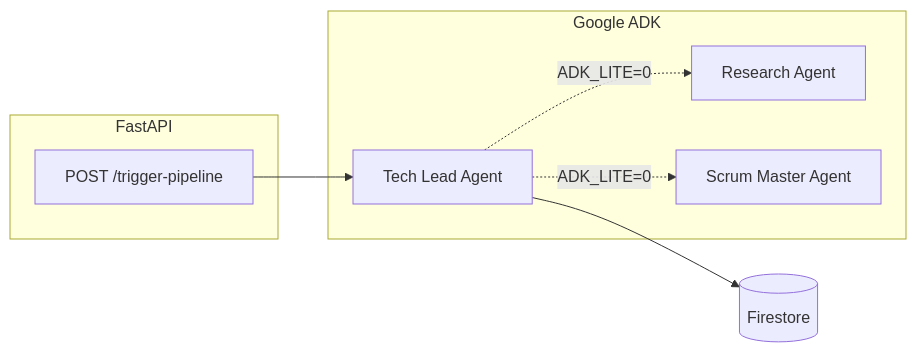
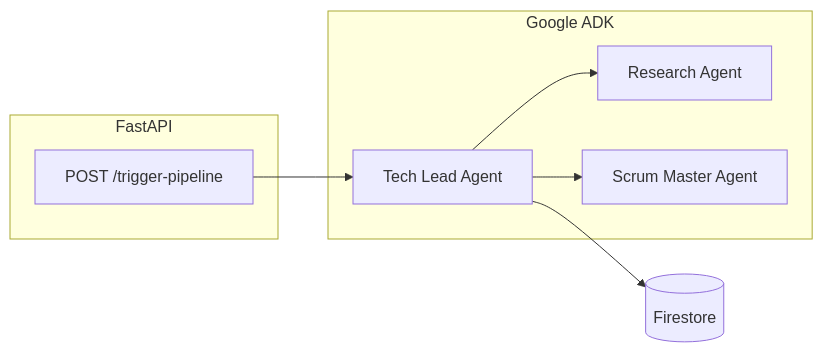
The diagram in README.md (FANGxPC/autonomous-rnd-system), drawn with Mermaid before and after one commit. The commit also changed other lines of this file and 10 other files, not shown here.

````diff
--- a/README.md
+++ b/README.md
@@ -17,16 +16,16 @@
 ```mermaid
 flowchart LR
   subgraph api [FastAPI]
     P["POST /trigger-pipeline"]
   end
   subgraph adk [Google ADK]
     TL[Tech Lead Agent]
     R[Research Agent]
     S[Scrum Master Agent]
   end
   FS[(Firestore)]
   P --> TL
   TL --> FS
-  TL -.->|ADK_LITE=0| R
-  TL -.->|ADK_LITE=0| S
+  TL --> R
+  TL --> S
 ```
````
